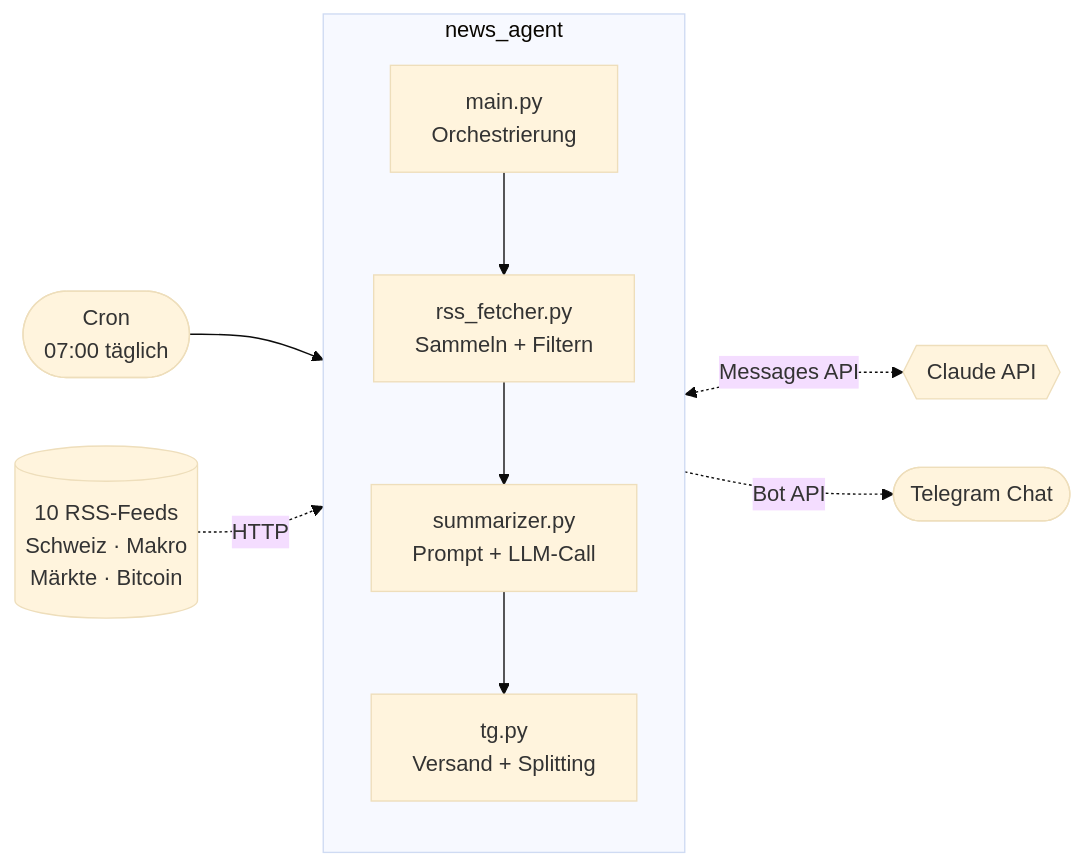
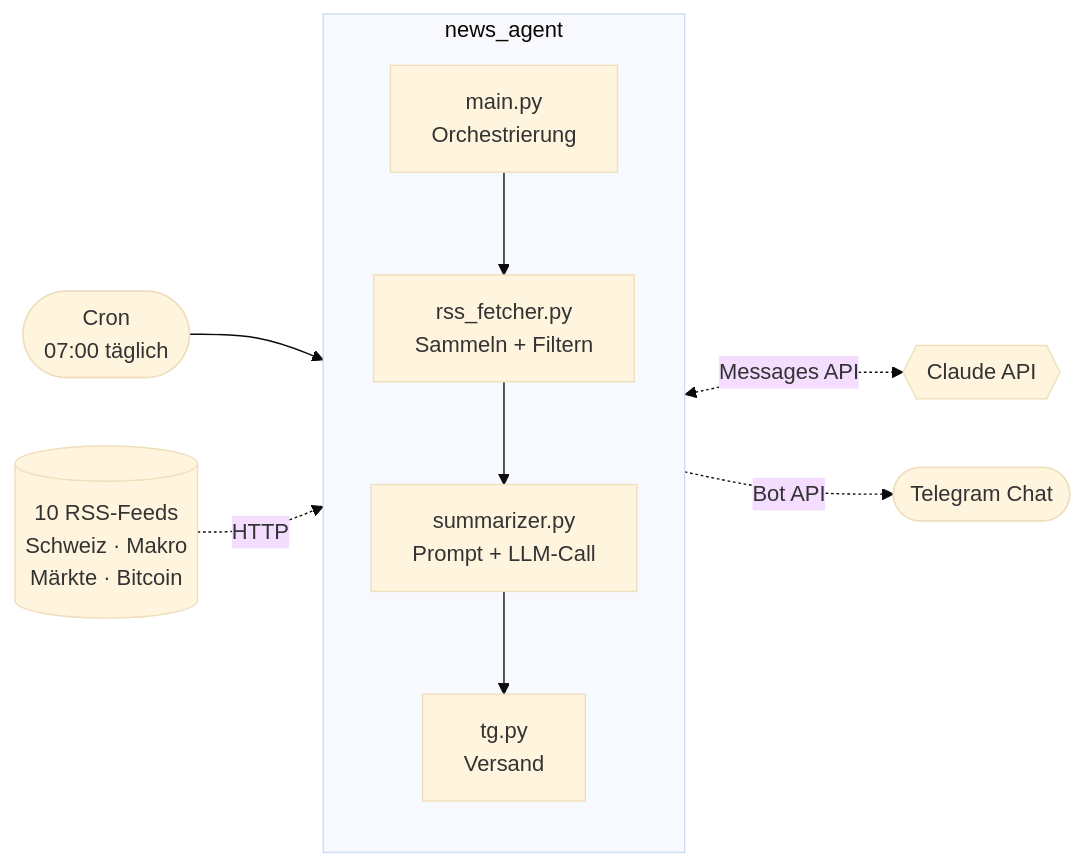
Before and after one commit to claudiokoller/news-agent: the diagram in docs/architecture.md, drawn with Mermaid (base theme). The commit also changed other lines of this file and 1 other file, not shown here.

First line of the commit message:
Simplify README and architecture docs

````diff
--- a/docs/architecture.md
+++ b/docs/architecture.md
@@ -9,18 +7,18 @@
 ```mermaid
 flowchart LR
     CRON([Cron<br/>07:00 täglich]) --> MAIN
 
     subgraph AGENT [news_agent]
         direction TB
         MAIN[main.py<br/>Orchestrierung]
         RSS[rss_fetcher.py<br/>Sammeln + Filtern]
         SUM[summarizer.py<br/>Prompt + LLM-Call]
-        TG[tg.py<br/>Versand + Splitting]
+        TG[tg.py<br/>Versand]
 
         MAIN --> RSS --> SUM --> TG
     end
 
     FEEDS[(10 RSS-Feeds<br/>Schweiz · Makro<br/>Märkte · Bitcoin)] -.->|HTTP| RSS
     SUM <-.->|Messages API| CLAUDE{{Claude API}}
     TG -.->|Bot API| USER([Telegram Chat])
 ```
````
